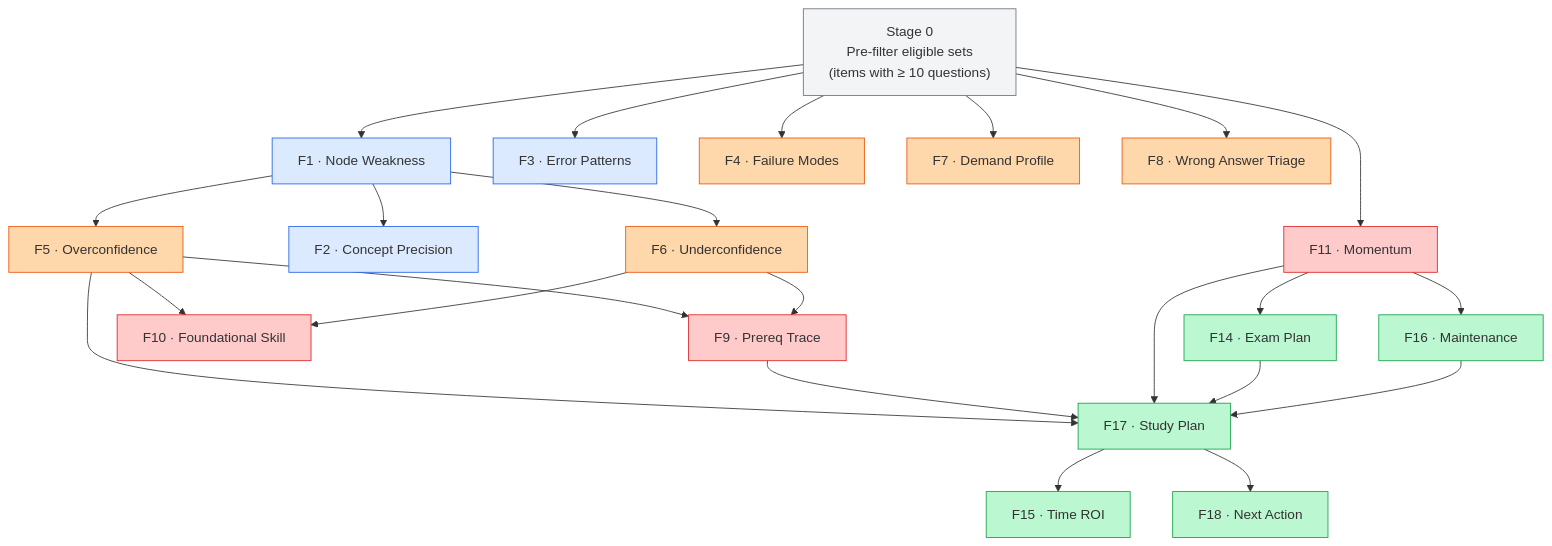
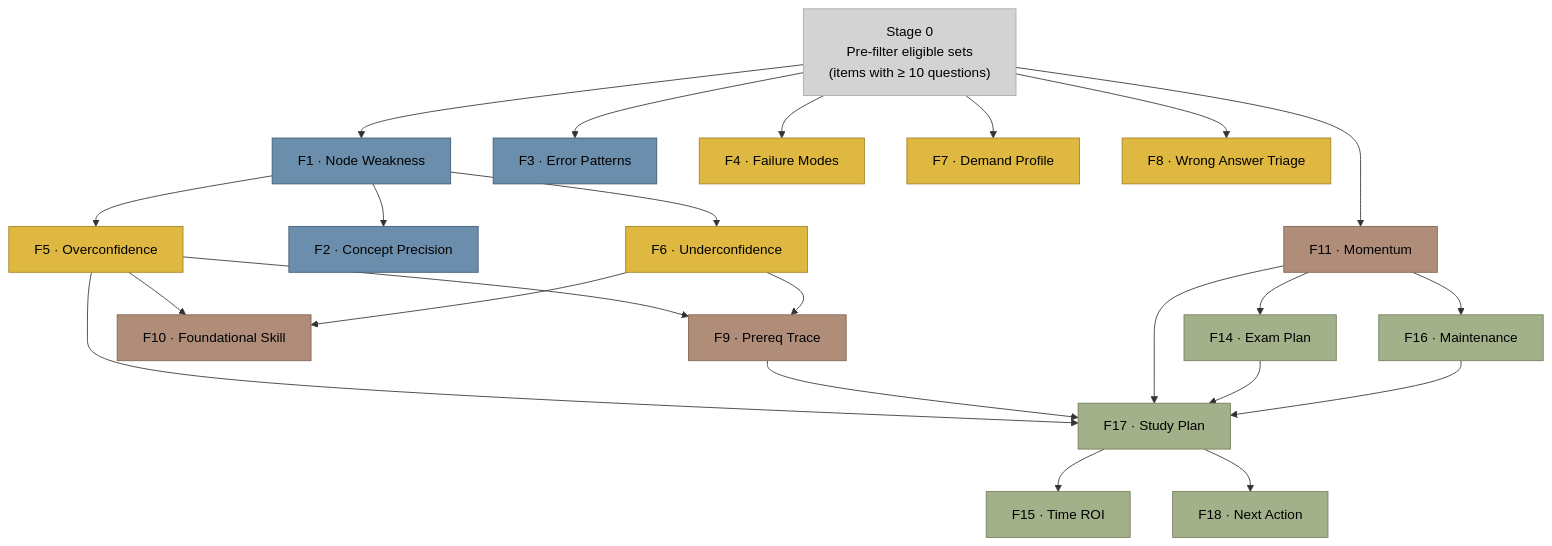
Before and after one commit to devangi-08/LECO: the fourth of 5 diagrams in ARCHITECTURE.md, drawn with Mermaid. The commit also changed other lines of this file, not shown here.

````diff
--- a/ARCHITECTURE.md
+++ b/ARCHITECTURE.md
@@ -99,44 +103,39 @@
 ```mermaid
 flowchart TD
-    S0["Stage 0\nPre-filter eligible sets\n(items with ≥ 10 questions)"]
+    %% Define color classes
+    classDef cobalt fill:#6B8EAD,stroke:#415C77,color:#000000
+    classDef mustard fill:#DEB841,stroke:#A38322,color:#000000
+    classDef brown fill:#B08D79,stroke:#826250,color:#000000
+    classDef olive fill:#A3B18A,stroke:#727E5D,color:#000000
+    classDef gray fill:#D3D3D3,stroke:#A9A9A9,color:#000000
+
+    S0["Stage 0\nPre-filter eligible sets\n(items with ≥ 10 questions)"]:::gray
 
     S0 --> F1["F1 · Node Weakness"]
     S0 --> F3["F3 · Error Patterns"]
     S0 --> F4["F4 · Failure Modes"]
     S0 --> F7["F7 · Demand Profile"]
     S0 --> F8["F8 · Wrong Answer Triage"]
     S0 --> F11["F11 · Momentum"]
 
     F1 --> F2["F2 · Concept Precision"]
     F1 --> F5["F5 · Overconfidence"]
     F1 --> F6["F6 · Underconfidence"]
 
     F5 & F6 --> F9["F9 · Prereq Trace"]
     F5 & F6 --> F10["F10 · Foundational Skill"]
 
     F11 --> F14["F14 · Exam Plan"]
     F11 --> F16["F16 · Maintenance"]
 
     F5 & F9 & F11 & F14 & F16 --> F17["F17 · Study Plan"]
 
     F17 --> F15["F15 · Time ROI"]
     F17 --> F18["F18 · Next Action"]
 
-    style S0 fill:#f3f4f6,stroke:#6b7280
-    style F1 fill:#dbeafe,stroke:#2563eb
-    style F2 fill:#dbeafe,stroke:#2563eb
-    style F3 fill:#dbeafe,stroke:#2563eb
-    style F4 fill:#fed7aa,stroke:#ea580c
-    style F5 fill:#fed7aa,stroke:#ea580c
-    style F6 fill:#fed7aa,stroke:#ea580c
-    style F7 fill:#fed7aa,stroke:#ea580c
-    style F8 fill:#fed7aa,stroke:#ea580c
-    style F9 fill:#fecaca,stroke:#dc2626
-    style F10 fill:#fecaca,stroke:#dc2626
-    style F11 fill:#fecaca,stroke:#dc2626
-    style F14 fill:#bbf7d0,stroke:#16a34a
-    style F15 fill:#bbf7d0,stroke:#16a34a
-    style F16 fill:#bbf7d0,stroke:#16a34a
-    style F17 fill:#bbf7d0,stroke:#16a34a
-    style F18 fill:#bbf7d0,stroke:#16a34a
+    %% Apply color classes to nodes
+    class F1,F2,F3 cobalt
+    class F4,F5,F6,F7,F8 mustard
+    class F9,F10,F11 brown
+    class F14,F15,F16,F17,F18 olive
 ```
````
